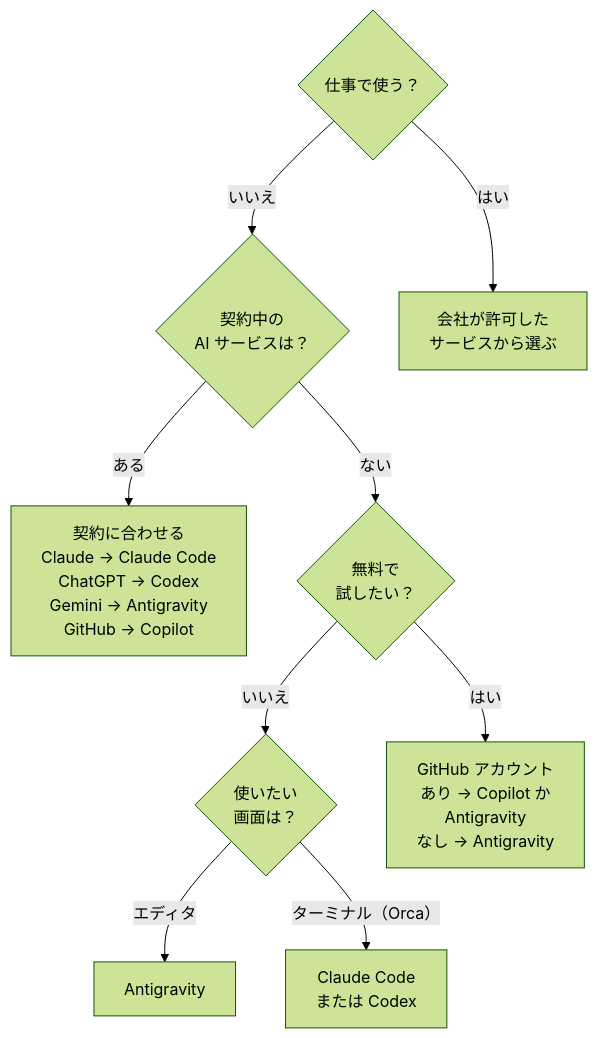
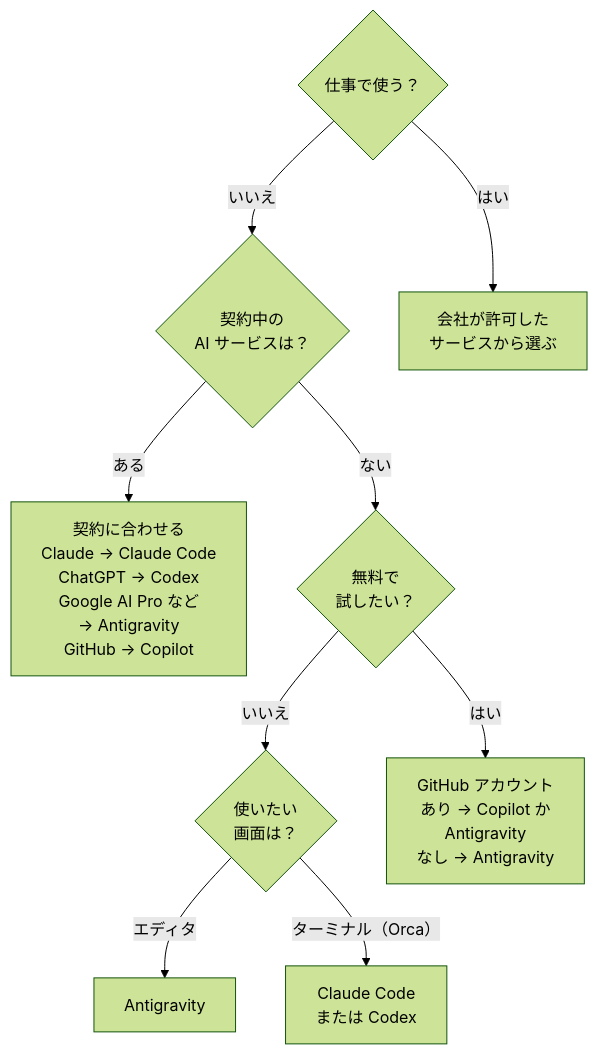
The second of 3 diagrams in docs/01-choose-agent.md (fujitamasayoshi0402/ai-dev-setup), drawn with Mermaid (forest theme) before and after one commit. The commit also changed other lines of this file and 2 other files, not shown here.

First line of the commit message:
docs: Antigravity の料金プラン（Google AI Pro / Ultra・Google One）の説明を追加

````diff
--- a/docs/01-choose-agent.md
+++ b/docs/01-choose-agent.md
@@ -49,12 +49,12 @@
 ```mermaid
 flowchart TD
     q0{"仕事で使う？"}
     q0 -- "いいえ" --> q1{"契約中の<br>AI サービスは？"}
     q0 -- "はい" --> work["会社が許可した<br>サービスから選ぶ"]
-    q1 -- "ある" --> map["契約に合わせる<br>Claude → Claude Code<br>ChatGPT → Codex<br>Gemini → Antigravity<br>GitHub → Copilot"]
+    q1 -- "ある" --> map["契約に合わせる<br>Claude → Claude Code<br>ChatGPT → Codex<br>Google AI Pro など<br>→ Antigravity<br>GitHub → Copilot"]
     q1 -- "ない" --> q2{"無料で<br>試したい？"}
     q2 -- "いいえ" --> q3{"使いたい<br>画面は？"}
     q2 -- "はい" --> free["GitHub アカウント<br>あり → Copilot か<br>Antigravity<br>なし → Antigravity"]
     q3 -- "エディタ" --> ag["Antigravity"]
     q3 -- "ターミナル（Orca）" --> cli["Claude Code<br>または Codex"]
 ```
````
